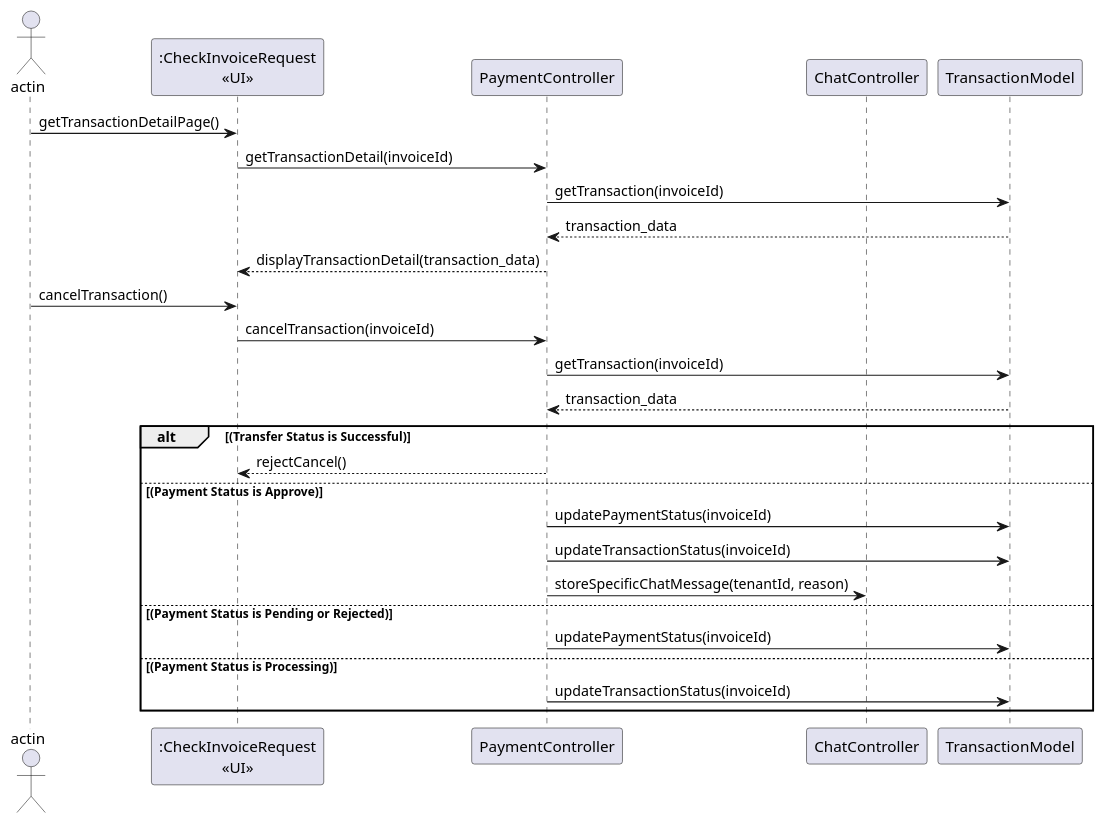
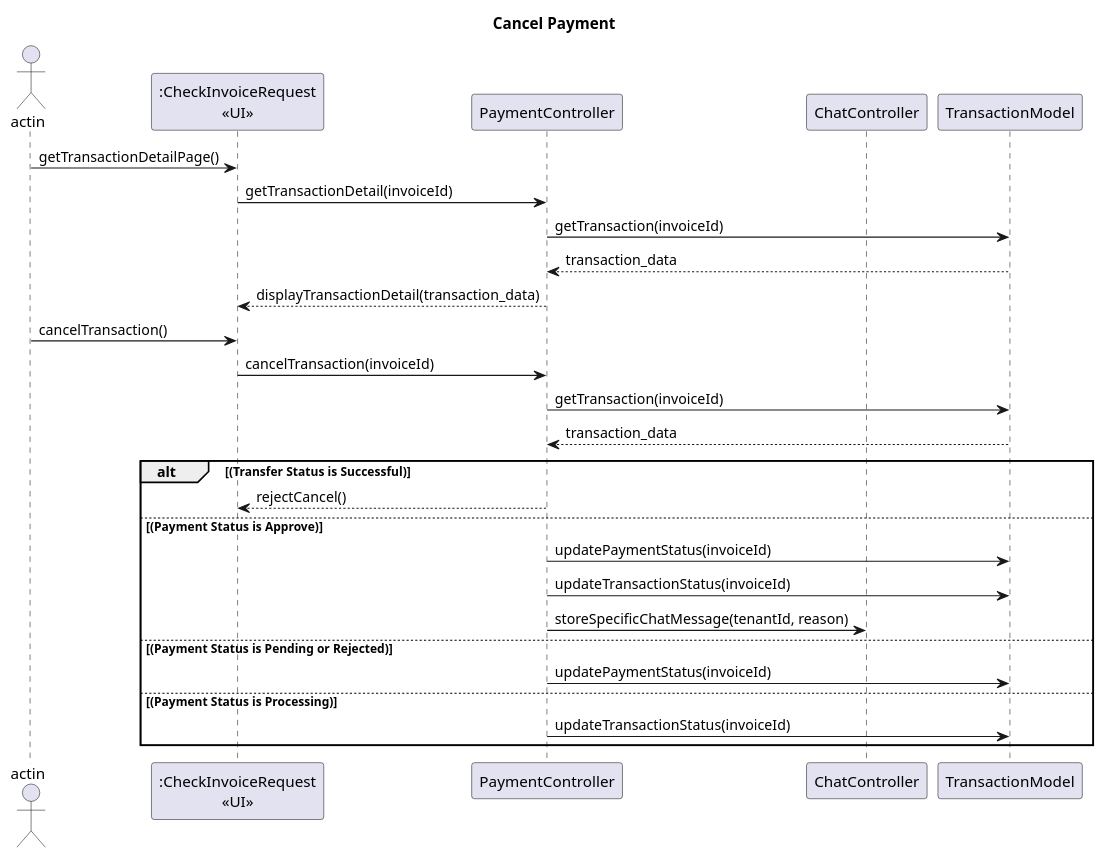
Before and after one commit to AntWort21/BHFMS: the diagram in Design/BHFMS_SEQUENCE/Owner Manager/Payment/Cancel Payment.puml, drawn with PlantUML. The commit also changed 23 other files, not shown here.

```diff
--- a/Design/BHFMS_SEQUENCE/Owner Manager/Payment/Cancel Payment.puml
+++ b/Design/BHFMS_SEQUENCE/Owner Manager/Payment/Cancel Payment.puml
@@ -1,33 +1,34 @@
 @startuml
+title Cancel Payment
 actor "actin" as act
 participant ":CheckInvoiceRequest\n<<UI>>" as view
 participant PaymentController as pctrl
 participant ChatController as cctrl
 participant TransactionModel as tm
 
 act -> view : getTransactionDetailPage()
 view -> pctrl : getTransactionDetail(invoiceId)
 pctrl -> tm : getTransaction(invoiceId)
 pctrl <-- tm : transaction_data
 view <-- pctrl : displayTransactionDetail(transaction_data)
 
 act -> view : cancelTransaction()
 view -> pctrl : cancelTransaction(invoiceId)
 pctrl -> tm : getTransaction(invoiceId)
 pctrl <-- tm : transaction_data
 
 alt (Transfer Status is Successful)
     view <-- pctrl : rejectCancel()
 else (Payment Status is Approve)
     pctrl -> tm : updatePaymentStatus(invoiceId)
     pctrl -> tm : updateTransactionStatus(invoiceId)
     pctrl -> cctrl : storeSpecificChatMessage(tenantId, reason)
     
 else (Payment Status is Pending or Rejected)
     pctrl -> tm : updatePaymentStatus(invoiceId)
 else (Payment Status is Processing)
     pctrl -> tm : updateTransactionStatus(invoiceId)
 end
 
 
 @enduml
```
